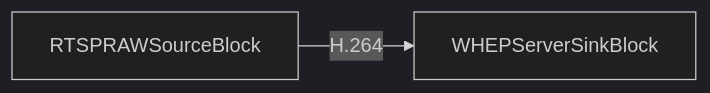
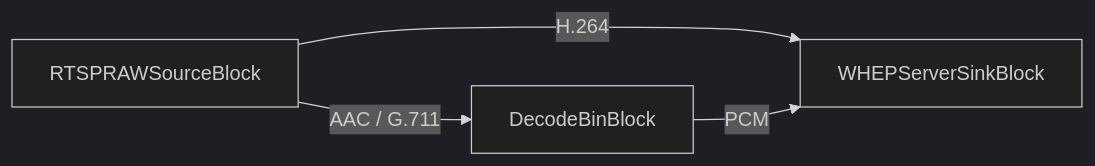
The diagram in Media Blocks SDK/Console/RTSP WHEP Camera Grid/readme.md (visioforge/.Net-SDK-s-samples), drawn with Mermaid (dark theme) before and after one commit. The commit also changed other lines of this file and 23 other files, not shown here.

````diff
--- a/Media Blocks SDK/Console/RTSP WHEP Camera Grid/readme.md
+++ b/Media Blocks SDK/Console/RTSP WHEP Camera Grid/readme.md
@@ -28,4 +31,6 @@
 ```mermaid
 graph LR
     RTSPRAWSourceBlock -- H.264 --> WHEPServerSinkBlock
+    RTSPRAWSourceBlock -- AAC / G.711 --> DecodeBinBlock
+    DecodeBinBlock -- PCM --> WHEPServerSinkBlock
 ```
````
